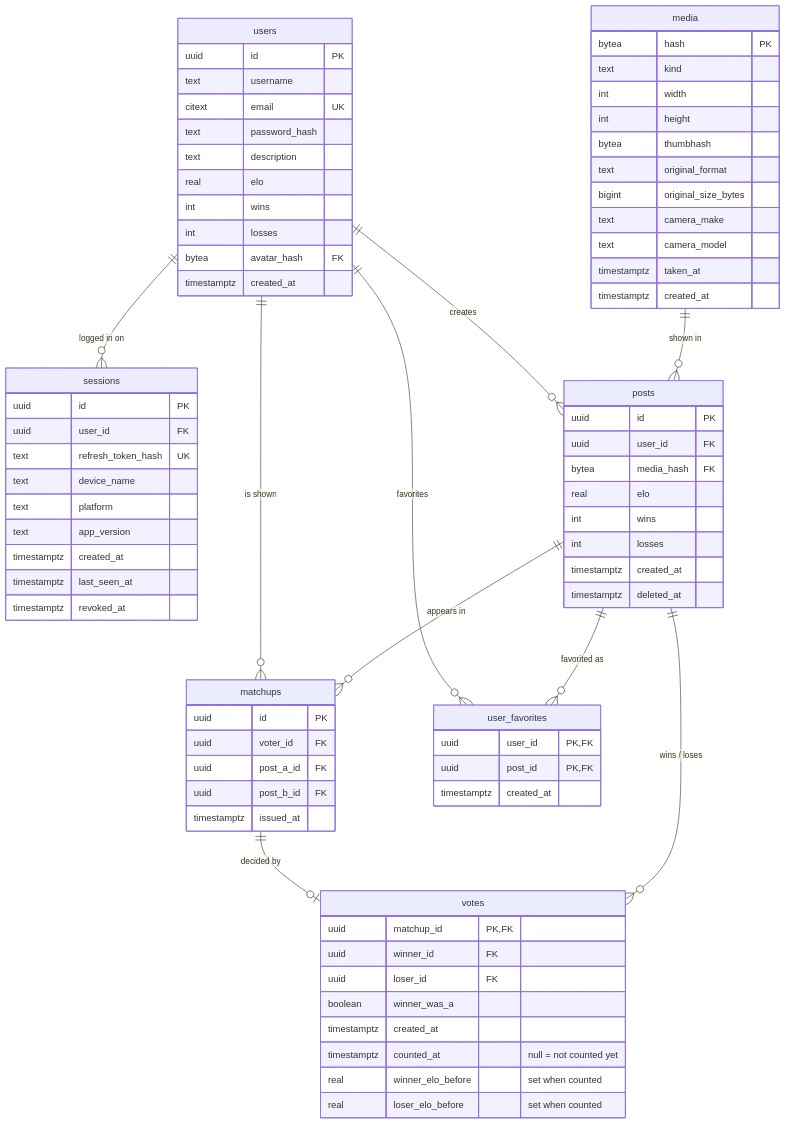
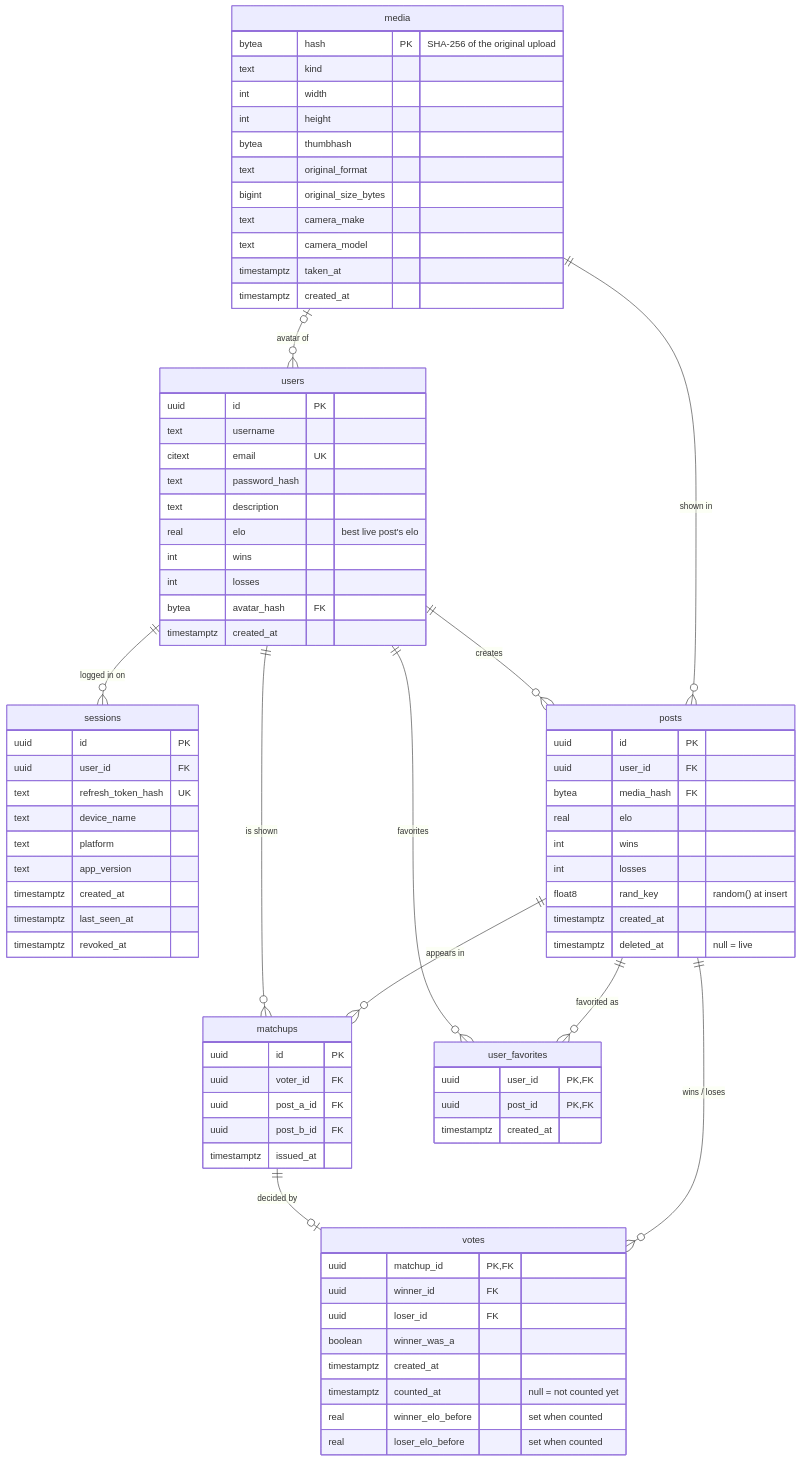
Before and after one commit to Aarhus-tech-project/2026q4-h5-projektstyring-og-app-programmering-group-2: the diagram in DatabaseDiagram.md, drawn with Mermaid. The commit also changed other lines of this file and 6 other files, not shown here.

Commit message:
update to latest versions. and update diagram

```diff
--- a/DatabaseDiagram.md
+++ b/DatabaseDiagram.md
@@ -6,7 +6,7 @@
         citext email UK
         text password_hash
         text description
-        real elo
+        real elo "best live post's elo"
         int wins
         int losses
         bytea avatar_hash FK
@@ -24,7 +24,7 @@
         timestamptz revoked_at
     }
     media {
-        bytea hash PK
+        bytea hash PK "SHA-256 of the original upload"
         text kind
         int width
         int height
@@ -43,8 +43,9 @@
         real elo
         int wins
         int losses
+        float8 rand_key "random() at insert"
         timestamptz created_at
-        timestamptz deleted_at
+        timestamptz deleted_at "null = live"
     }
     matchups {
         uuid id PK
@@ -72,6 +73,7 @@
     users ||--o{ sessions : "logged in on"
     users ||--o{ posts : creates
     media ||--o{ posts : "shown in"
+    media |o--o{ users : "avatar of"
     users ||--o{ matchups : "is shown"
     posts ||--o{ matchups : "appears in"
     matchups ||--o| votes : "decided by"
```
